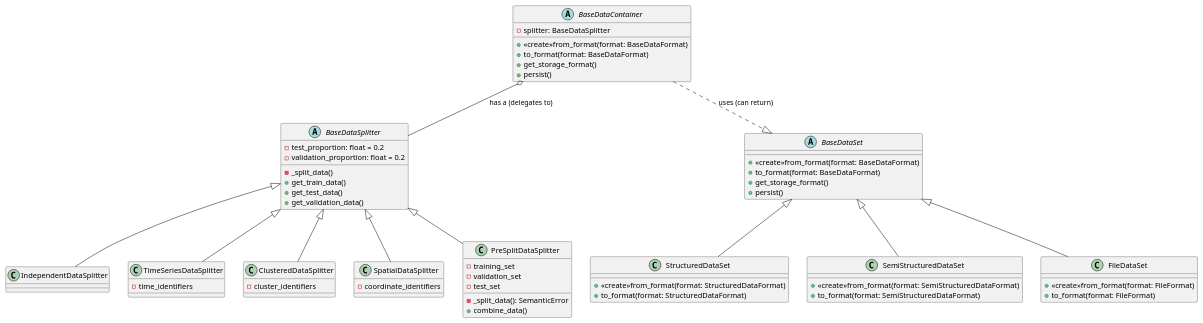
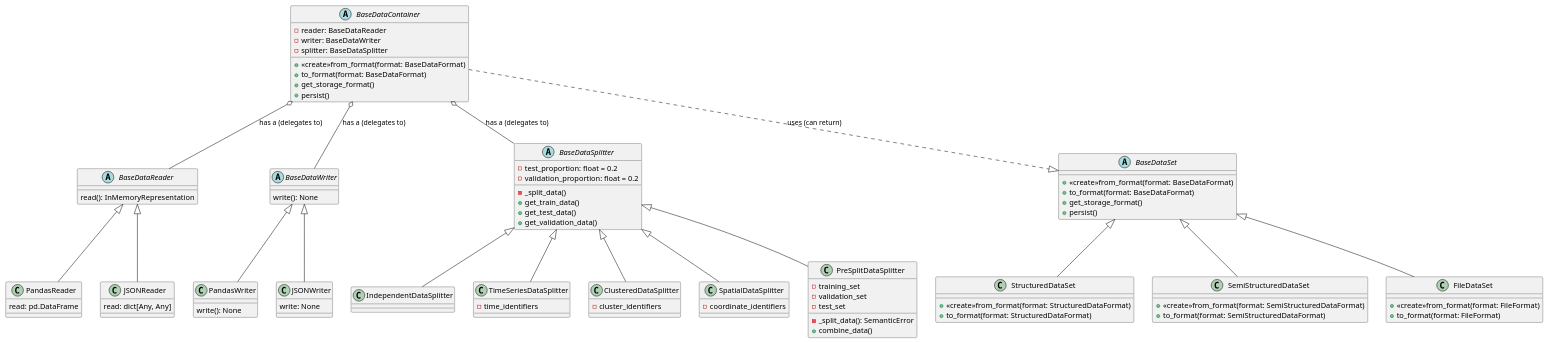
The diagram in docs/uml/data_container_implementation.puml (tloeber/ML-interfaces), drawn with PlantUML before and after one commit. The commit also changed 2 other files, not shown here.

Commit message:
Add reader and writer to  dataset implementation.

```diff
--- a/docs/uml/data_container_implementation.puml
+++ b/docs/uml/data_container_implementation.puml
@@ -1,76 +1,108 @@
 @startuml
 
 
 abstract class BaseDataContainer {
   +<<create>>from_format(format: BaseDataFormat)
   +to_format(format: BaseDataFormat)
   +get_storage_format()
   +persist()
+  - reader: BaseDataReader
+  - writer: BaseDataWriter
   - splitter: BaseDataSplitter
+}
+
+abstract class BaseDataReader {
+  read(): InMemoryRepresentation
+}
+class PandasReader {
+	read: pd.DataFrame
+}
+class JSONReader {
+	read: dict[Any, Any]
+}
+
+abstract class BaseDataWriter {
+  write(): None
+}
+
+class PandasWriter {
+	write(): None
+}
+
+class JSONWriter {
+	write: None
 }
 
 abstract class BaseDataSplitter {
   - test_proportion: float = 0.2
   - validation_proportion: float = 0.2
   - _split_data()
   + get_train_data()
   + get_test_data()
   + get_validation_data()
 }
 
 class IndependentDataSplitter
 class TimeSeriesDataSplitter {
   - time_identifiers
 }
 
 class ClusteredDataSplitter {
   - cluster_identifiers
 }
 
 class SpatialDataSplitter {
   - coordinate_identifiers
 }
 
 class PreSplitDataSplitter{
   - training_set
   - validation_set
   - test_set
   - _split_data(): SemanticError
   + combine_data()
 }
 
 BaseDataSplitter <|-- IndependentDataSplitter
 BaseDataSplitter <|-- TimeSeriesDataSplitter
 BaseDataSplitter <|-- ClusteredDataSplitter
 BaseDataSplitter <|-- SpatialDataSplitter
 BaseDataSplitter <|-- PreSplitDataSplitter
 
 abstract class BaseDataSet {
   +<<create>>from_format(format: BaseDataFormat)
   +to_format(format: BaseDataFormat)
   +get_storage_format()
   +persist()
 }
 
 BaseDataContainer o-- BaseDataSplitter : has a (delegates to)
+BaseDataContainer o-- BaseDataReader : has a (delegates to)
+BaseDataContainer o-- BaseDataWriter : has a (delegates to)
 BaseDataContainer ..|> BaseDataSet : uses (can return)
+
+BaseDataReader <|-- PandasReader
+BaseDataReader <|-- JSONReader
+
+BaseDataWriter <|-- PandasWriter
+BaseDataWriter <|-- JSONWriter
 
 class StructuredDataSet{
   +<<create>>from_format(format: StructuredDataFormat)
   +to_format(format: StructuredDataFormat)
 }
 
 class SemiStructuredDataSet{
   +<<create>>from_format(format: SemiStructuredDataFormat)
   +to_format(format: SemiStructuredDataFormat)
 }
 
 class FileDataSet {
   +<<create>>from_format(format: FileFormat)
   +to_format(format: FileFormat)
 }
 BaseDataSet <|-- StructuredDataSet
 BaseDataSet <|-- SemiStructuredDataSet
 BaseDataSet <|-- FileDataSet
 
 @enduml
```
